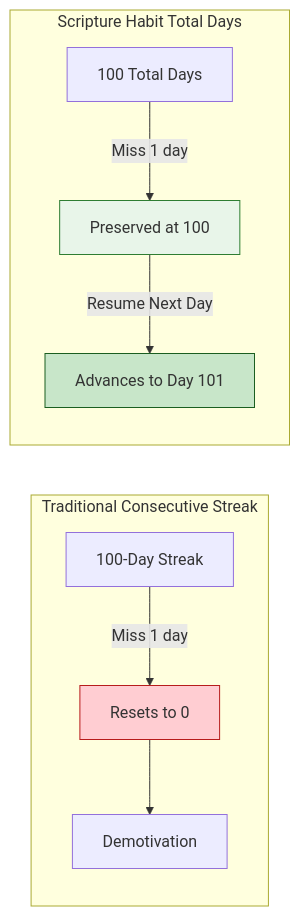
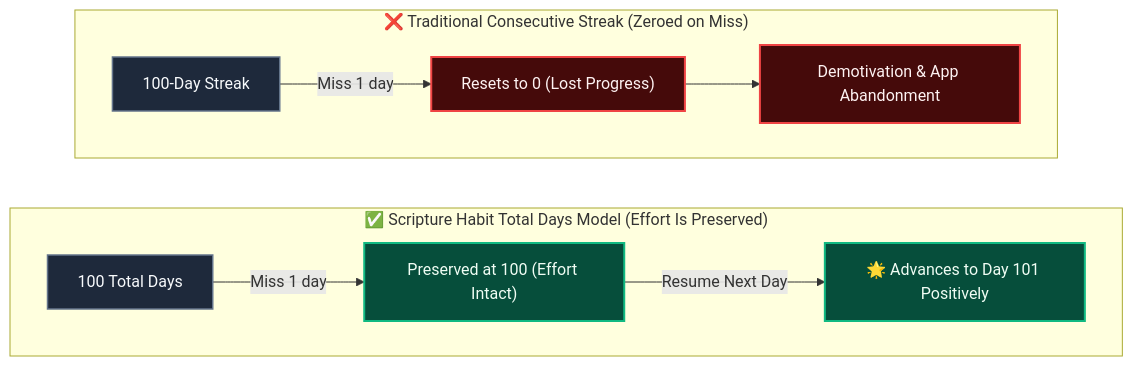
Before and after one commit to ScriptureHabit/scripture-habit: the second of 3 diagrams in docs/logic-milestone-retention.md, drawn with Mermaid. The commit also changed 9 other files, not shown here.

Commit message:
docs: optimize all wide Mermaid diagrams into readable vertical stacked layouts

````diff
--- a/docs/logic-milestone-retention.md
+++ b/docs/logic-milestone-retention.md
@@ -38,14 +38,18 @@
 ```mermaid
-graph LR
-    subgraph SG_Trad["Traditional Consecutive Streak"]
-        S1["100-Day Streak"] -->|"Miss 1 day"| S2["Resets to 0"] --> S3["Demotivation"]
+flowchart TD
+    classDef bad fill:#450a0a,stroke:#ef4444,stroke-width:2px,color:#fef2f2;
+    classDef good fill:#064e3b,stroke:#10b981,stroke-width:2px,color:#f0fdf4;
+    classDef step fill:#1e293b,stroke:#64748b,stroke-width:1.5px,color:#f8fafc;
+
+    subgraph SG_Trad["❌ Traditional Consecutive Streak (Zeroed on Miss)"]
+        S1["100-Day Streak"]:::step -->|Miss 1 day| S2["Resets to 0 (Lost Progress)"]:::bad
+        S2 --> S3["Demotivation & App Abandonment"]:::bad
     end
 
-    subgraph SG_Total["Scripture Habit Total Days"]
-        H1["100 Total Days"] -->|"Miss 1 day"| H2["Preserved at 100"] -->|"Resume Next Day"| H3["Advances to Day 101"]
+    subgraph SG_Total["✅ Scripture Habit Total Days Model (Effort Is Preserved)"]
+        H1["100 Total Days"]:::step -->|Miss 1 day| H2["Preserved at 100 (Effort Intact)"]:::good
+        H2 -->|Resume Next Day| H3["🌟 Advances to Day 101 Positively"]:::good
     end
 
-    style S2 fill:#ffcdd2,stroke:#b71c1c
-    style H2 fill:#e8f5e9,stroke:#2e7d32
-    style H3 fill:#c8e6c9,stroke:#1b5e20
+    SG_Trad ~~~ SG_Total
 ```
````
